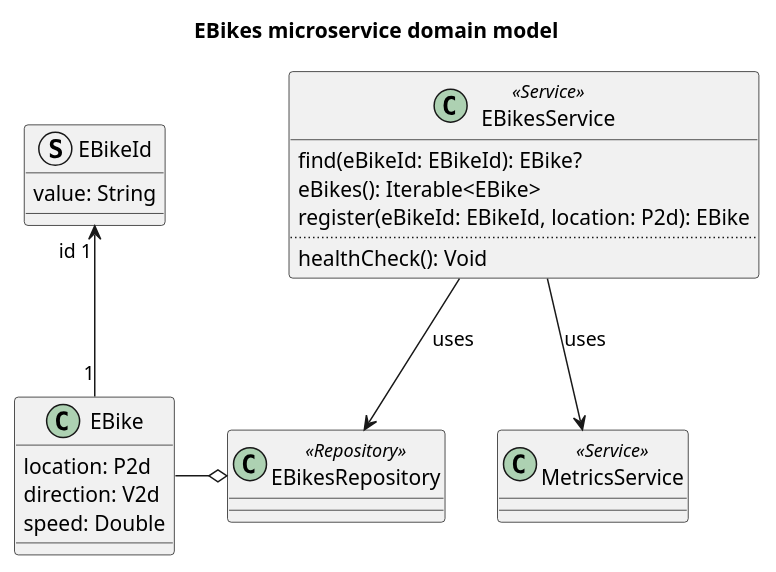
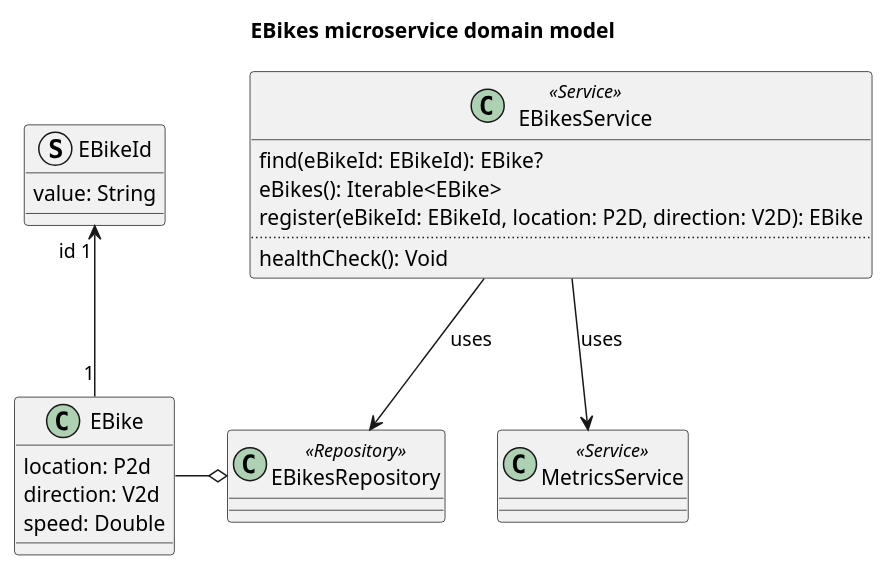
The diagram in doc/diagrams/src/ebikes-microservice-domain-model.puml (Ventus218/SAP-assignment-02), drawn with PlantUML before and after one commit.

Commit message:
Added parameter to register ebike operation

```diff
--- a/doc/diagrams/src/ebikes-microservice-domain-model.puml
+++ b/doc/diagrams/src/ebikes-microservice-domain-model.puml
@@ -1,31 +1,31 @@
 @startuml ebikes-microservice-domain-model
 
 title EBikes microservice domain model
 
 class EBike {
     location: P2d
     direction: V2d
     speed: Double
 }
 struct EBikeId {
     value: String
 }
 EBike "1" -u-> "id 1" EBikeId
 
 class EBikesRepository <<Repository>> 
 EBikesRepository o-l- EBike
 
 class EBikesService <<Service>> {
     find(eBikeId: EBikeId): EBike?
     eBikes(): Iterable<EBike>
-    register(eBikeId: EBikeId, location: P2d): EBike
+    register(eBikeId: EBikeId, location: P2D, direction: V2D): EBike
     ..
     healthCheck(): Void
 }
 
 EBikesService --> EBikesRepository : "uses"
 
 class MetricsService <<Service>>
 EBikesService --> MetricsService : "uses"
 
 @enduml
```
